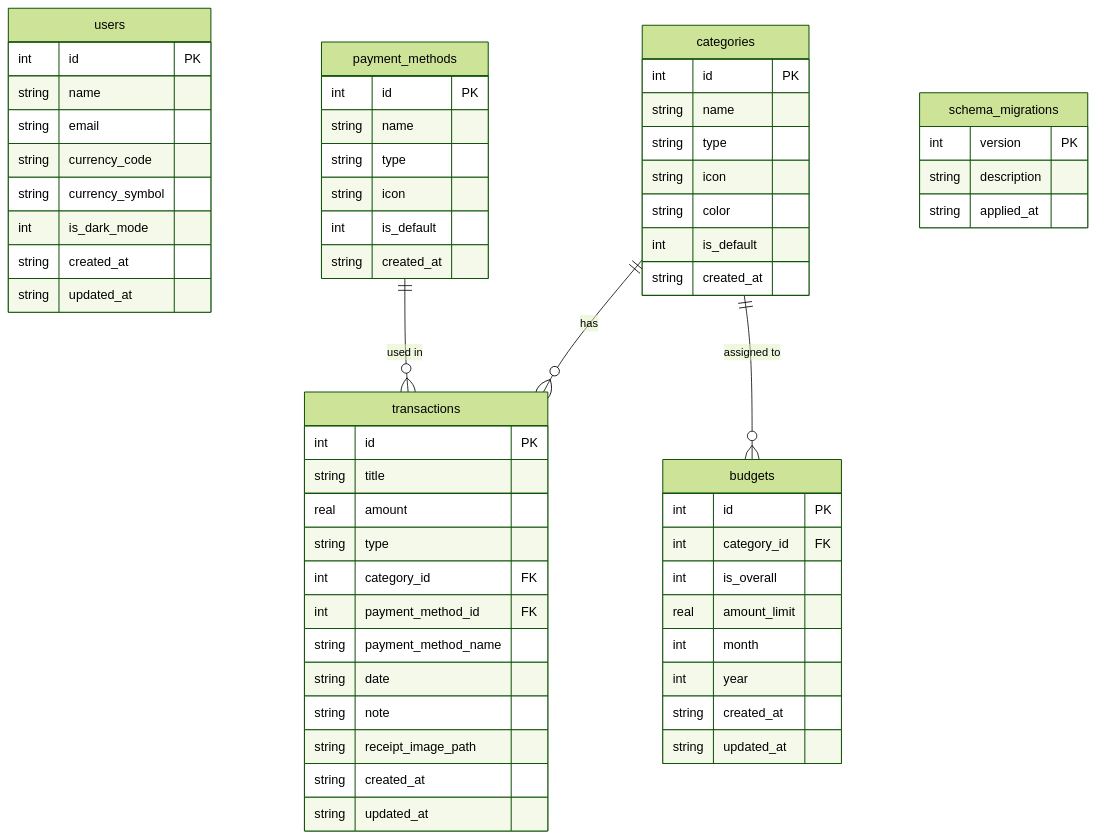
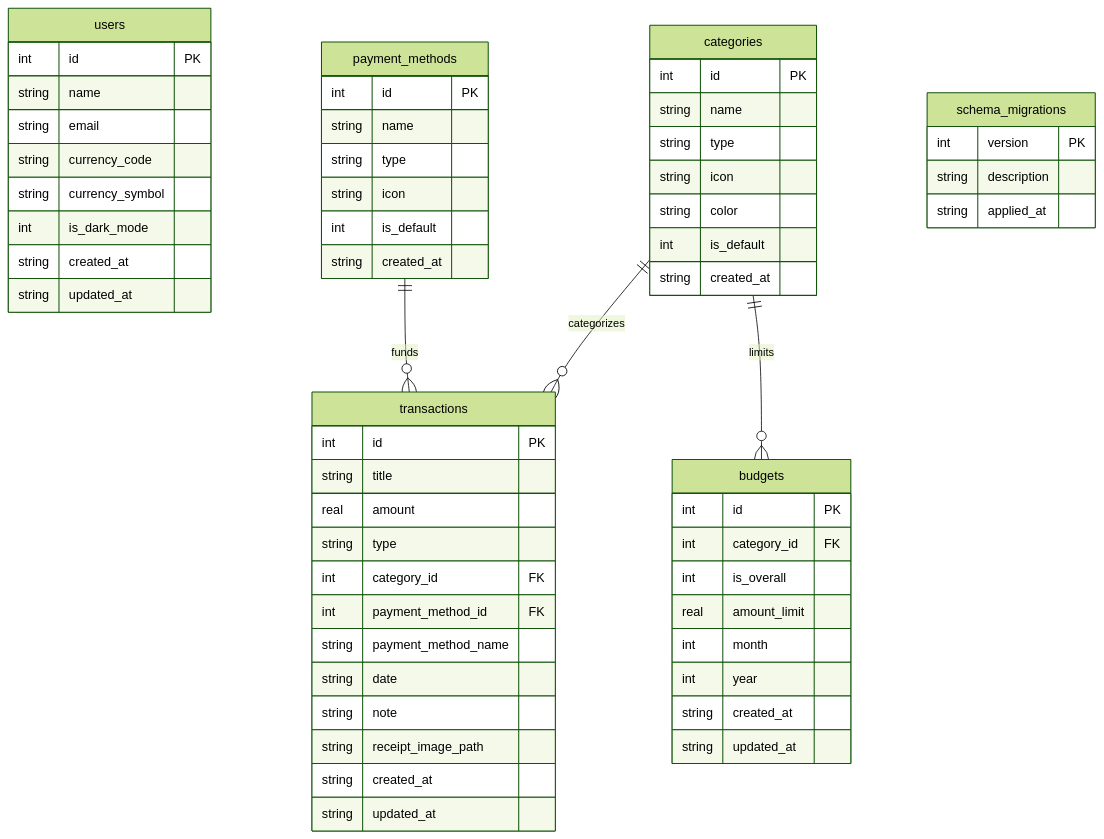
The second of 6 diagrams in ARCHITECTURE.md (NipulDaki/KharchMate), drawn with Mermaid (forest theme) before and after one commit. The commit also changed other lines of this file and 2 other files, not shown here.

Commit message:
docs: update README.md, ARCHITECTURE.md, and antigravity.md for recent developments

````diff
--- a/ARCHITECTURE.md
+++ b/ARCHITECTURE.md
@@ -232,68 +291,68 @@
 ```mermaid
 erDiagram
     users {
         int id PK
         string name
         string email
         string currency_code
         string currency_symbol
         int is_dark_mode
         string created_at
         string updated_at
     }
 
     categories {
         int id PK
         string name
         string type
         string icon
         string color
         int is_default
         string created_at
     }
 
     payment_methods {
         int id PK
         string name
         string type
         string icon
         int is_default
         string created_at
     }
 
     transactions {
         int id PK
         string title
         real amount
         string type
         int category_id FK
         int payment_method_id FK
         string payment_method_name
         string date
         string note
         string receipt_image_path
         string created_at
         string updated_at
     }
 
     budgets {
         int id PK
         int category_id FK
         int is_overall
         real amount_limit
         int month
         int year
         string created_at
         string updated_at
     }
 
     schema_migrations {
         int version PK
         string description
         string applied_at
     }
 
-    categories ||--o{ transactions : "has"
-    payment_methods ||--o{ transactions : "used in"
-    categories ||--o{ budgets : "assigned to"
+    categories ||--o{ transactions : "categorizes"
+    payment_methods ||--o{ transactions : "funds"
+    categories ||--o{ budgets : "limits"
 ```
````
